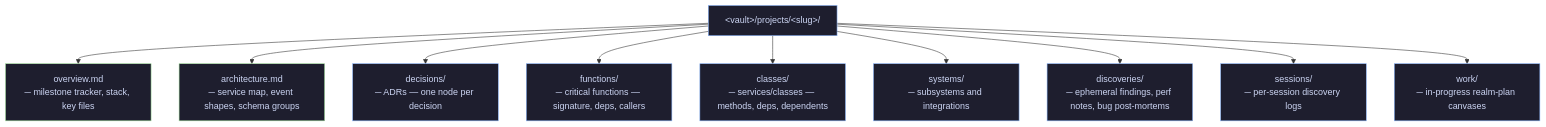
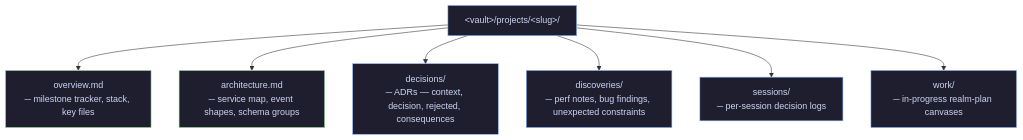
Before and after one commit to blackmo18/realm: the seventh of 9 diagrams in VISUALS.md, drawn with Mermaid. The commit also changed other lines of this file and 19 other files, not shown here.

````diff
--- a/VISUALS.md
+++ b/VISUALS.md
@@ -192,17 +171,14 @@
 ```mermaid
 graph TD
     ROOT["&lt;vault&gt;/projects/&lt;slug&gt;/"]:::dir
 
     ROOT --> OV["overview.md\n─ milestone tracker, stack, key files"]:::node
     ROOT --> AR["architecture.md\n─ service map, event shapes, schema groups"]:::node
-    ROOT --> DE["decisions/\n─ ADRs — one node per decision"]:::dir
-    ROOT --> FN["functions/\n─ critical functions — signature, deps, callers"]:::dir
-    ROOT --> CL["classes/\n─ services/classes — methods, deps, dependents"]:::dir
-    ROOT --> SY["systems/\n─ subsystems and integrations"]:::dir
-    ROOT --> DI["discoveries/\n─ ephemeral findings, perf notes, bug post-mortems"]:::dir
-    ROOT --> SE["sessions/\n─ per-session discovery logs"]:::dir
+    ROOT --> DE["decisions/\n─ ADRs — context, decision, rejected, consequences"]:::dir
+    ROOT --> DI["discoveries/\n─ perf notes, bug findings, unexpected constraints"]:::dir
+    ROOT --> SE["sessions/\n─ per-session decision logs"]:::dir
     ROOT --> WK["work/\n─ in-progress realm-plan canvases"]:::dir
 
     classDef dir  fill:#1e1e2e,stroke:#89b4fa,color:#cdd6f4
     classDef node fill:#1e1e2e,stroke:#a6e3a1,color:#cdd6f4
 ```
````
